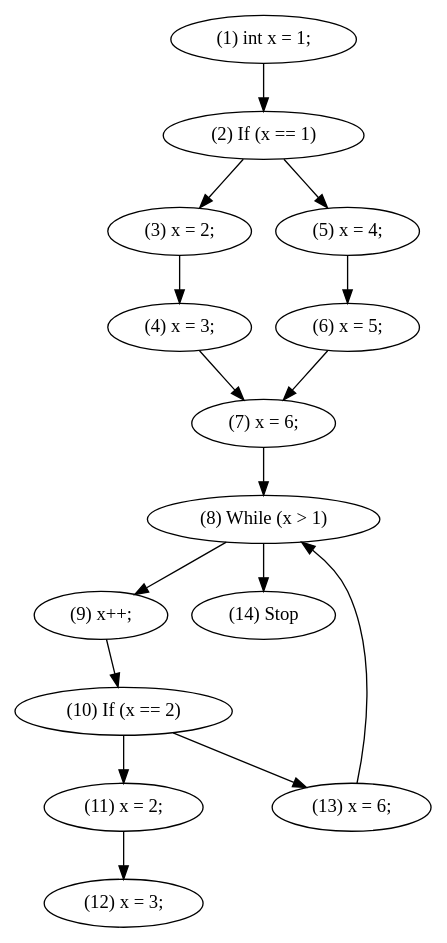
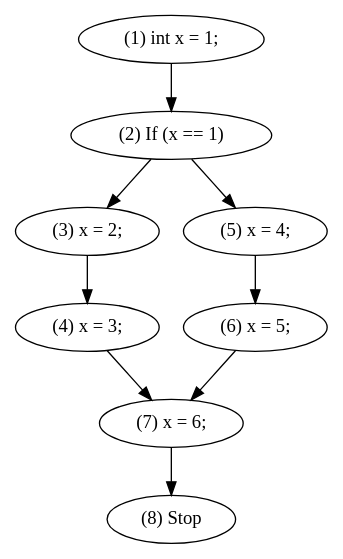
Before and after one commit to JuanColonGarcia/Metaprogram: the diagram in dotsource.dot, drawn with Graphviz. The commit also changed 12 other files, not shown here.

```diff
--- a/dotsource.dot
+++ b/dotsource.dot
@@ -1,2 +1,2 @@
 digraph G {
-"(1) int x = 1;" -> "(2) If (x == 1)""(2) If (x == 1)" -> "(3) x = 2;""(3) x = 2;" -> "(4) x = 3;""(2) If (x == 1)" -> "(5) x = 4;""(5) x = 4;" -> "(6) x = 5;""(4) x = 3;" -> "(7) x = 6;""(6) x = 5;" -> "(7) x = 6;""(7) x = 6;" -> "(8) While (x > 1)""(8) While (x > 1)" -> "(9) x++;""(9) x++;" -> "(10) If (x == 2)""(10) If (x == 2)" -> "(11) x = 2;""(11) x = 2;" -> "(12) x = 3;""(10) If (x == 2)" -> "(13) x = 6;""(13) x = 6;" -> "(8) While (x > 1)""(8) While (x > 1)" -> "(14) Stop"}
+"(1) int x = 1;" -> "(2) If (x == 1)""(2) If (x == 1)" -> "(3) x = 2;""(3) x = 2;" -> "(4) x = 3;""(2) If (x == 1)" -> "(5) x = 4;""(5) x = 4;" -> "(6) x = 5;""(4) x = 3;" -> "(7) x = 6;""(6) x = 5;" -> "(7) x = 6;""(7) x = 6;" -> "(8) Stop"}
```
